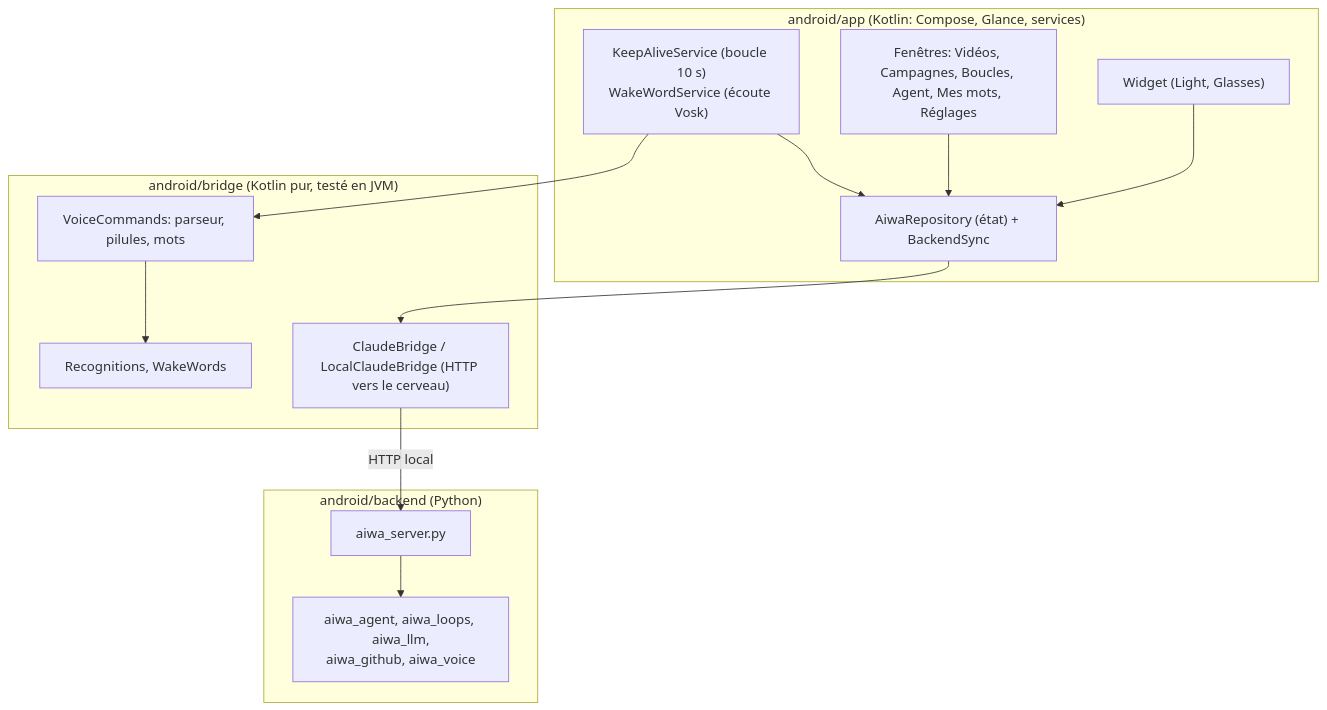
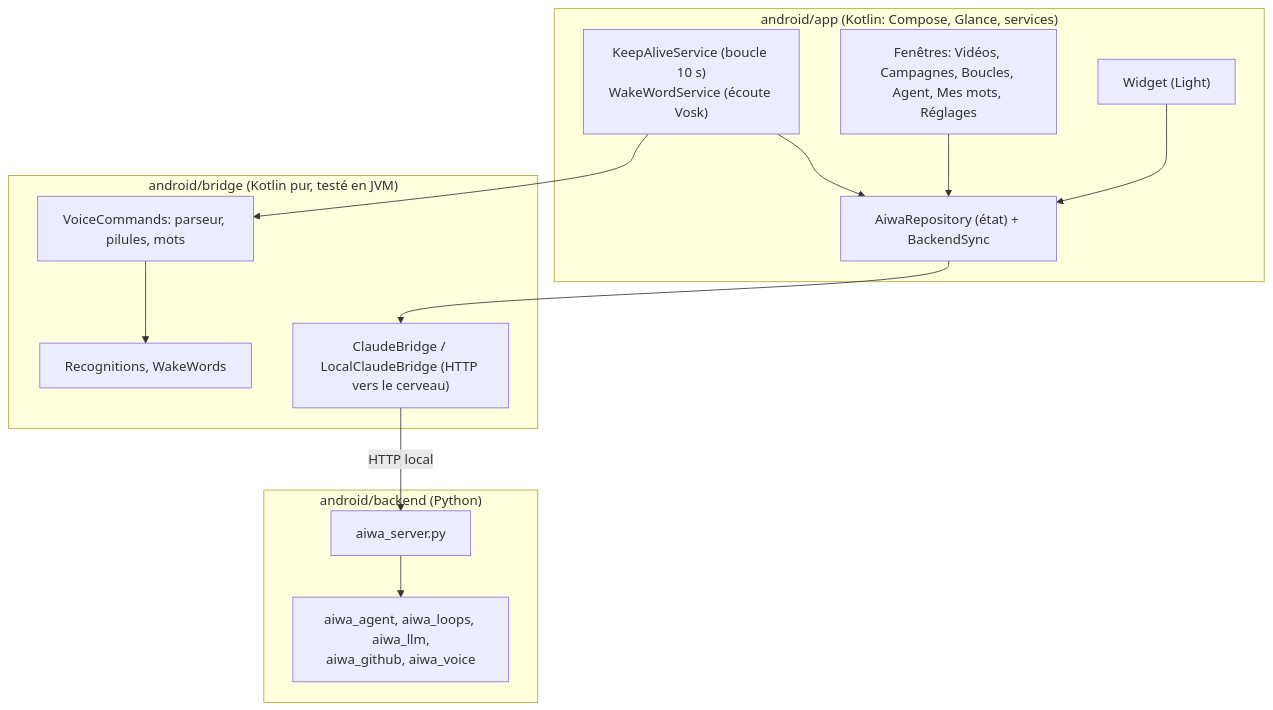
Before and after one commit to theodoreyong9/Aiwa_store: the fourth of 9 diagrams in README.md, drawn with Mermaid. The commit also changed other lines of this file and 7 other files, not shown here.

First line of the commit message:
Retire la forme glasses du widget (trop lente)

````diff
--- a/README.md
+++ b/README.md
@@ -301,26 +298,26 @@
 ```mermaid
 flowchart TB
   subgraph app["android/app (Kotlin: Compose, Glance, services)"]
-    W1["Widget (Light, Glasses)"]
+    W1["Widget (Light)"]
     Win["Fenêtres: Vidéos, Campagnes, Boucles, Agent, Mes mots, Réglages"]
     Svc["KeepAliveService (boucle 10 s)<br/>WakeWordService (écoute Vosk)"]
     St["AiwaRepository (état) + BackendSync"]
   end
   subgraph bridge["android/bridge (Kotlin pur, testé en JVM)"]
     Parse["VoiceCommands: parseur, pilules, mots"]
     Rec["Recognitions, WakeWords"]
     API["ClaudeBridge / LocalClaudeBridge (HTTP vers le cerveau)"]
   end
   subgraph back["android/backend (Python)"]
     Srv["aiwa_server.py"]
     Mods["aiwa_agent, aiwa_loops, aiwa_llm,<br/>aiwa_github, aiwa_voice"]
   end
   W1 --> St
   Win --> St
   Svc --> St
   St --> API
   Svc --> Parse
   Parse --> Rec
   API -- "HTTP local" --> Srv
   Srv --> Mods
 ```
````
